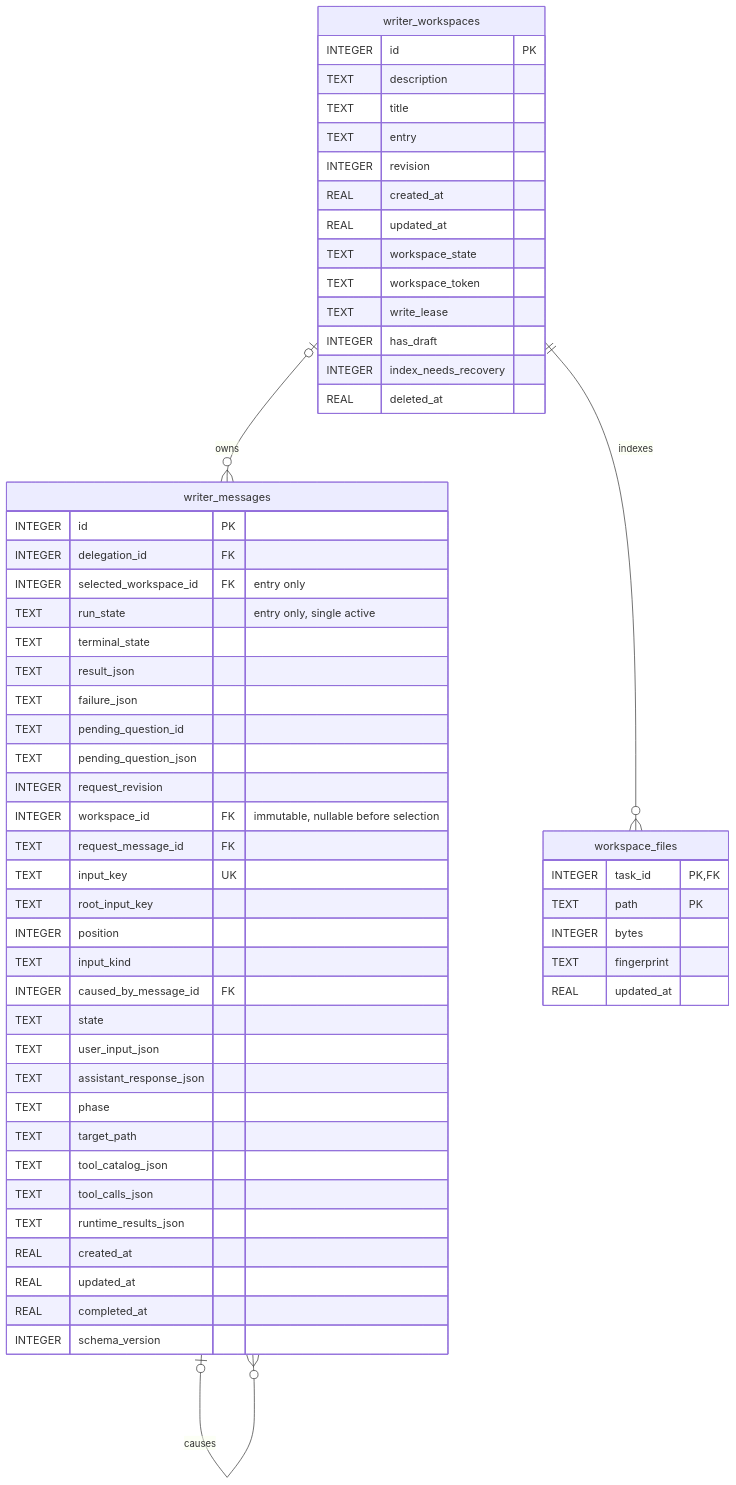
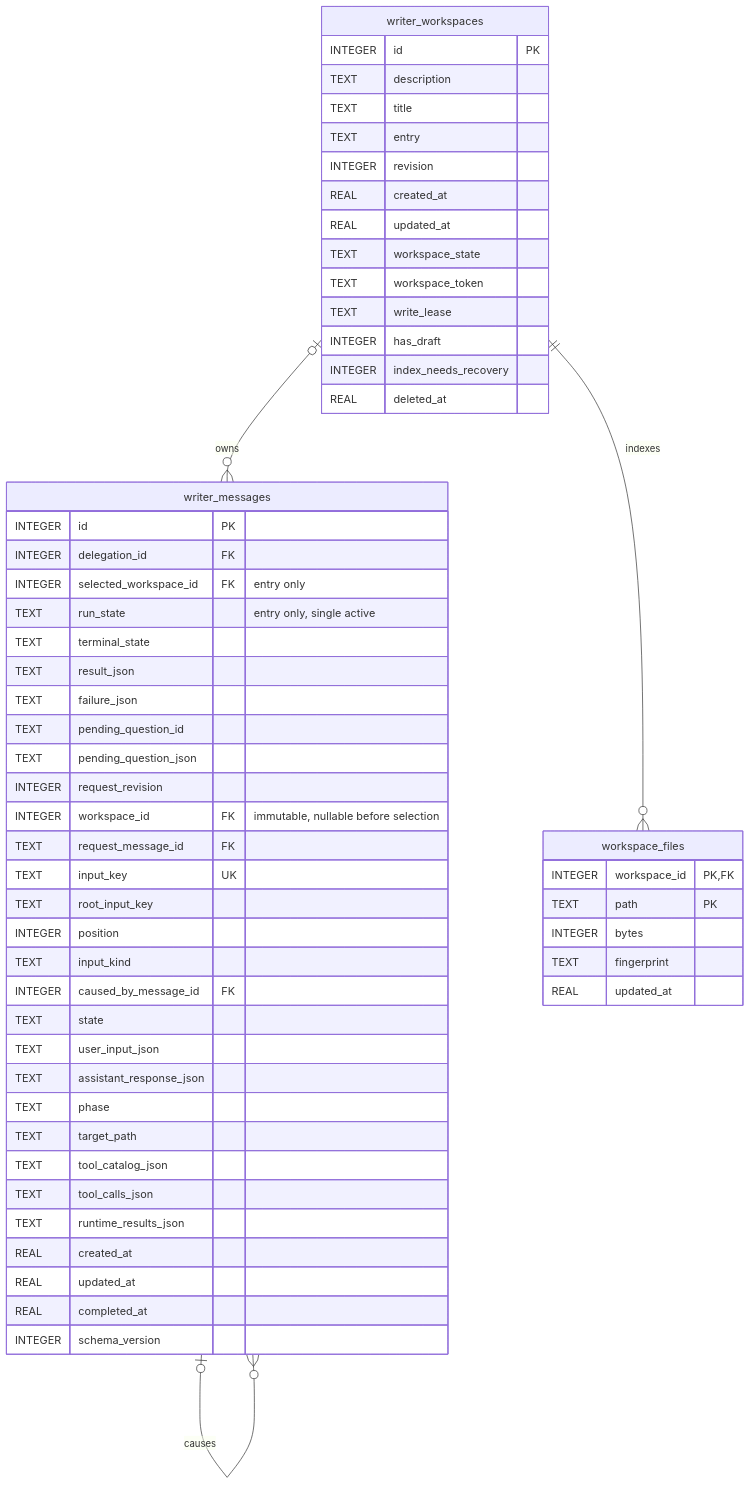
The second of 3 diagrams in MobileHarness/Storage/Database/README.md (devilyouwei/MobileHarness), drawn with Mermaid before and after one commit. The commit also changed 88 other files, not shown here.

````diff
--- a/MobileHarness/Storage/Database/README.md
+++ b/MobileHarness/Storage/Database/README.md
@@ -94,59 +94,59 @@
 ```mermaid
 erDiagram
     writer_workspaces o|--o{ writer_messages : owns
     writer_workspaces ||--o{ workspace_files : indexes
     writer_messages o|--o{ writer_messages : causes
     writer_workspaces {
         INTEGER id PK
         TEXT description
         TEXT title
         TEXT entry
         INTEGER revision
         REAL created_at
         REAL updated_at
         TEXT workspace_state
         TEXT workspace_token
         TEXT write_lease
         INTEGER has_draft
         INTEGER index_needs_recovery
         REAL deleted_at
     }
     writer_messages {
         INTEGER id PK
         INTEGER delegation_id FK
         INTEGER selected_workspace_id FK "entry only"
         TEXT run_state "entry only, single active"
         TEXT terminal_state
         TEXT result_json
         TEXT failure_json
         TEXT pending_question_id
         TEXT pending_question_json
         INTEGER request_revision
         INTEGER workspace_id FK "immutable, nullable before selection"
         TEXT request_message_id FK
         TEXT input_key UK
         TEXT root_input_key
         INTEGER position
         TEXT input_kind
         INTEGER caused_by_message_id FK
         TEXT state
         TEXT user_input_json
         TEXT assistant_response_json
         TEXT phase
         TEXT target_path
         TEXT tool_catalog_json
         TEXT tool_calls_json
         TEXT runtime_results_json
         REAL created_at
         REAL updated_at
         REAL completed_at
         INTEGER schema_version
     }
     workspace_files {
-        INTEGER task_id PK,FK
+        INTEGER workspace_id PK,FK
         TEXT path PK
         INTEGER bytes
         TEXT fingerprint
         REAL updated_at
     }
 ```
````
